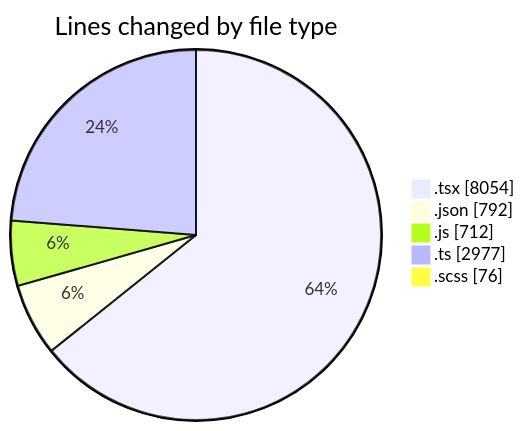
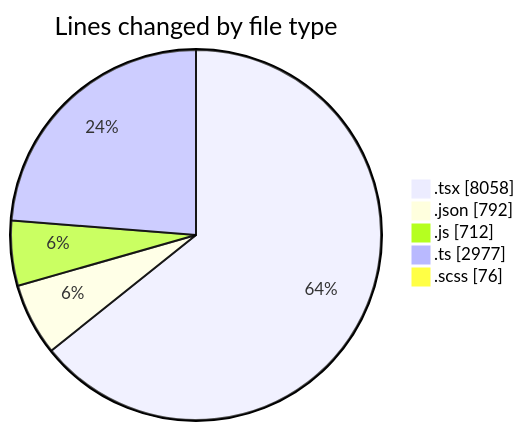
One commit to momahboobian/code-tracking changed the first of 2 diagrams in 2026-08-07/cda/README.md. Above: the diagram before and after it, drawn with Mermaid. The commit also changed other lines of this file and 1 other file, not shown here.

````diff
--- a/2026-08-07/cda/README.md
+++ b/2026-08-07/cda/README.md
@@ -35,9 +35,9 @@
 ```mermaid
 pie showData
 title Lines changed by file type
-".tsx" : 8054
+".tsx" : 8058
 ".json" : 792
 ".js" : 712
 ".ts" : 2977
 ".scss" : 76
 ```
````
